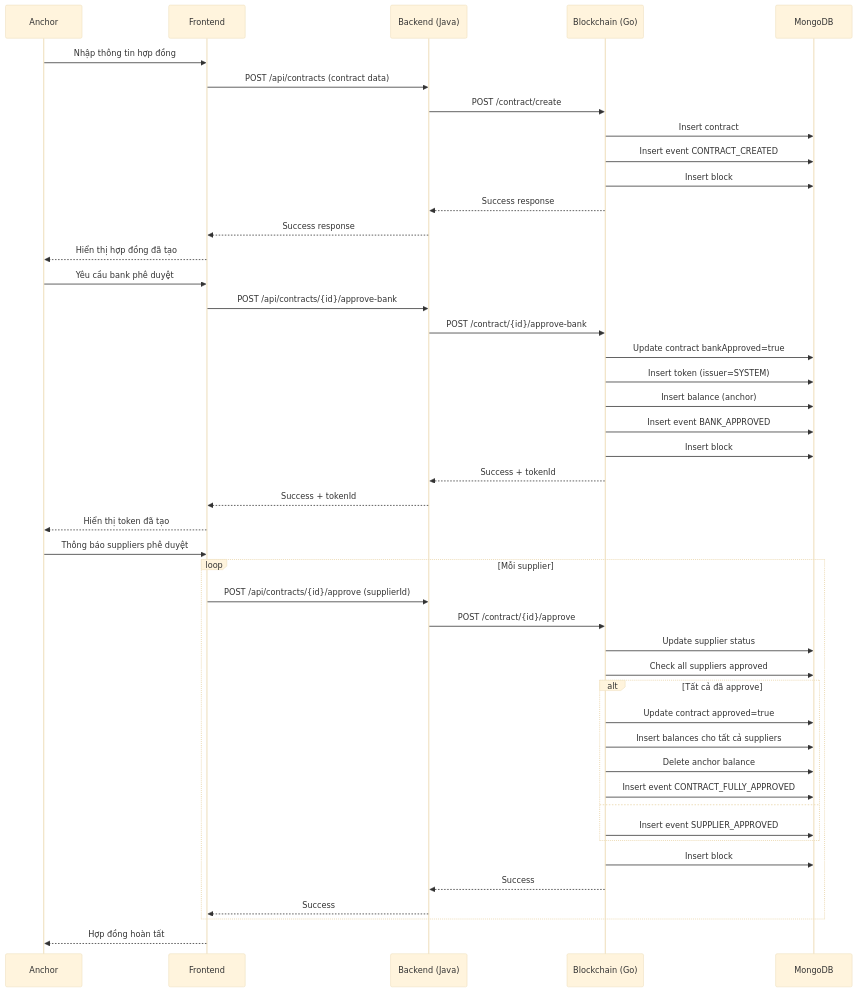
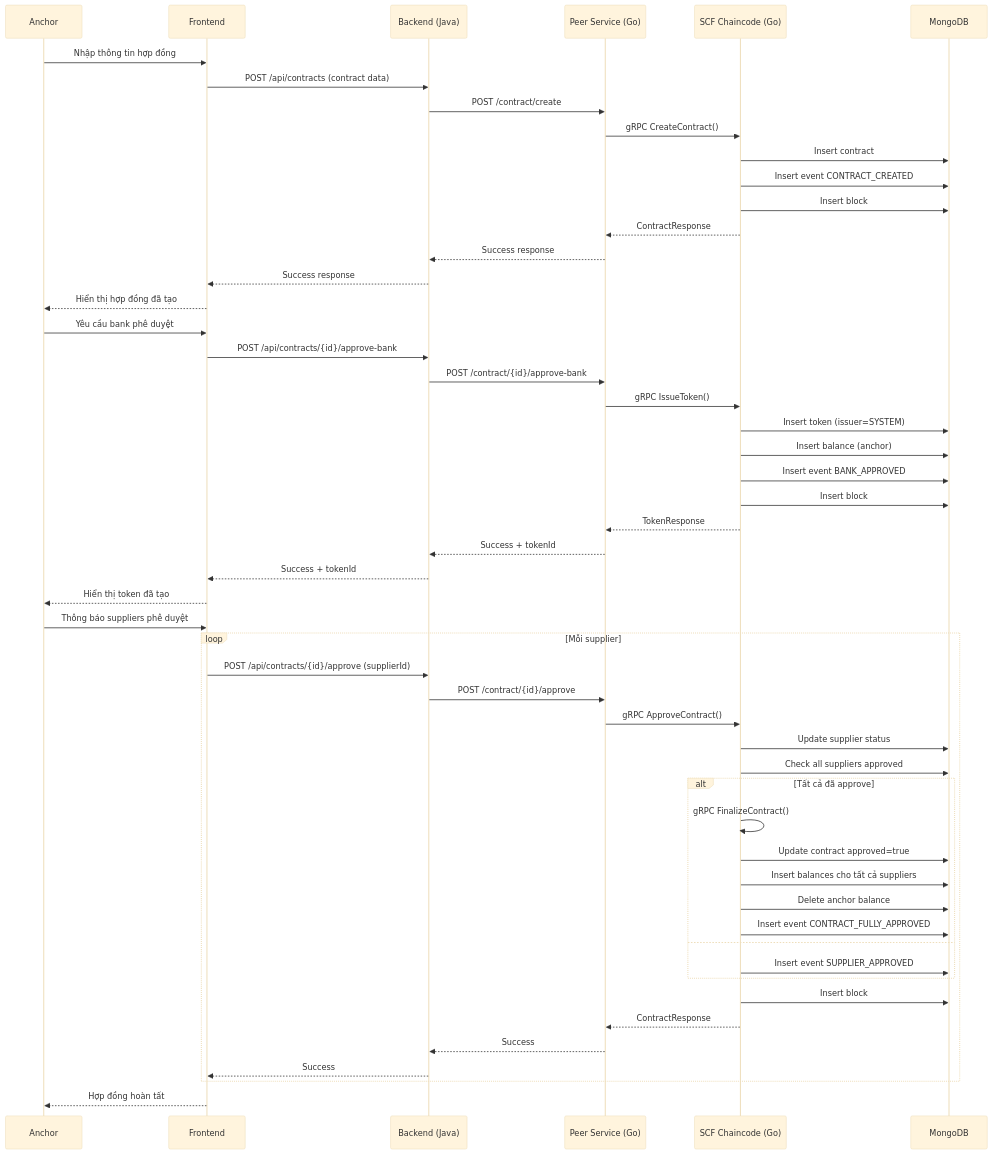
One commit to trunghc97/blockchain changed the fourth of 11 diagrams in System_Design_Document.md. Above: the diagram before and after it, drawn with Mermaid (base theme). The commit also changed other lines of this file and 76 other files, not shown here.

````diff
--- a/System_Design_Document.md
+++ b/System_Design_Document.md
@@ -609,53 +637,60 @@
 ```mermaid
 sequenceDiagram
     participant A as Anchor
     participant FE as Frontend
     participant BE as Backend (Java)
-    participant BC as Blockchain (Go)
+    participant PEER as Peer Service (Go)
+    participant CHAIN as SCF Chaincode (Go)
     participant DB as MongoDB
 
     %% Tạo hợp đồng
     A->>FE: Nhập thông tin hợp đồng
     FE->>BE: POST /api/contracts (contract data)
-    BE->>BC: POST /contract/create
-    BC->>DB: Insert contract
-    BC->>DB: Insert event CONTRACT_CREATED
-    BC->>DB: Insert block
-    BC-->>BE: Success response
+    BE->>PEER: POST /contract/create
+    PEER->>CHAIN: gRPC CreateContract()
+    CHAIN->>DB: Insert contract
+    CHAIN->>DB: Insert event CONTRACT_CREATED
+    CHAIN->>DB: Insert block
+    CHAIN-->>PEER: ContractResponse
+    PEER-->>BE: Success response
     BE-->>FE: Success response
     FE-->>A: Hiển thị hợp đồng đã tạo
 
     %% Bank phê duyệt
     A->>FE: Yêu cầu bank phê duyệt
     FE->>BE: POST /api/contracts/{id}/approve-bank
-    BE->>BC: POST /contract/{id}/approve-bank
-    BC->>DB: Update contract bankApproved=true
-    BC->>DB: Insert token (issuer=SYSTEM)
-    BC->>DB: Insert balance (anchor)
-    BC->>DB: Insert event BANK_APPROVED
-    BC->>DB: Insert block
-    BC-->>BE: Success + tokenId
+    BE->>PEER: POST /contract/{id}/approve-bank
+    PEER->>CHAIN: gRPC IssueToken()
+    CHAIN->>DB: Insert token (issuer=SYSTEM)
+    CHAIN->>DB: Insert balance (anchor)
+    CHAIN->>DB: Insert event BANK_APPROVED
+    CHAIN->>DB: Insert block
+    CHAIN-->>PEER: TokenResponse
+    PEER-->>BE: Success + tokenId
     BE-->>FE: Success + tokenId
     FE-->>A: Hiển thị token đã tạo
 
     %% Suppliers phê duyệt
     A->>FE: Thông báo suppliers phê duyệt
     loop Mỗi supplier
         FE->>BE: POST /api/contracts/{id}/approve (supplierId)
-        BE->>BC: POST /contract/{id}/approve
-        BC->>DB: Update supplier status
-        BC->>DB: Check all suppliers approved
+        BE->>PEER: POST /contract/{id}/approve
+        PEER->>CHAIN: gRPC ApproveContract()
+        CHAIN->>DB: Update supplier status
+        CHAIN->>DB: Check all suppliers approved
         alt Tất cả đã approve
-            BC->>DB: Update contract approved=true
-            BC->>DB: Insert balances cho tất cả suppliers
-            BC->>DB: Delete anchor balance
-            BC->>DB: Insert event CONTRACT_FULLY_APPROVED
+            CHAIN->>CHAIN: gRPC FinalizeContract()
+            CHAIN->>DB: Update contract approved=true
+            CHAIN->>DB: Insert balances cho tất cả suppliers
+            CHAIN->>DB: Delete anchor balance
+            CHAIN->>DB: Insert event CONTRACT_FULLY_APPROVED
         else
-            BC->>DB: Insert event SUPPLIER_APPROVED
+            CHAIN->>DB: Insert event SUPPLIER_APPROVED
         end
-        BC->>DB: Insert block
-        BC-->>BE: Success
+        CHAIN->>DB: Insert block
+        CHAIN-->>PEER: ContractResponse
+        PEER-->>BE: Success
         BE-->>FE: Success
     end
     FE-->>A: Hợp đồng hoàn tất
 ```
````
